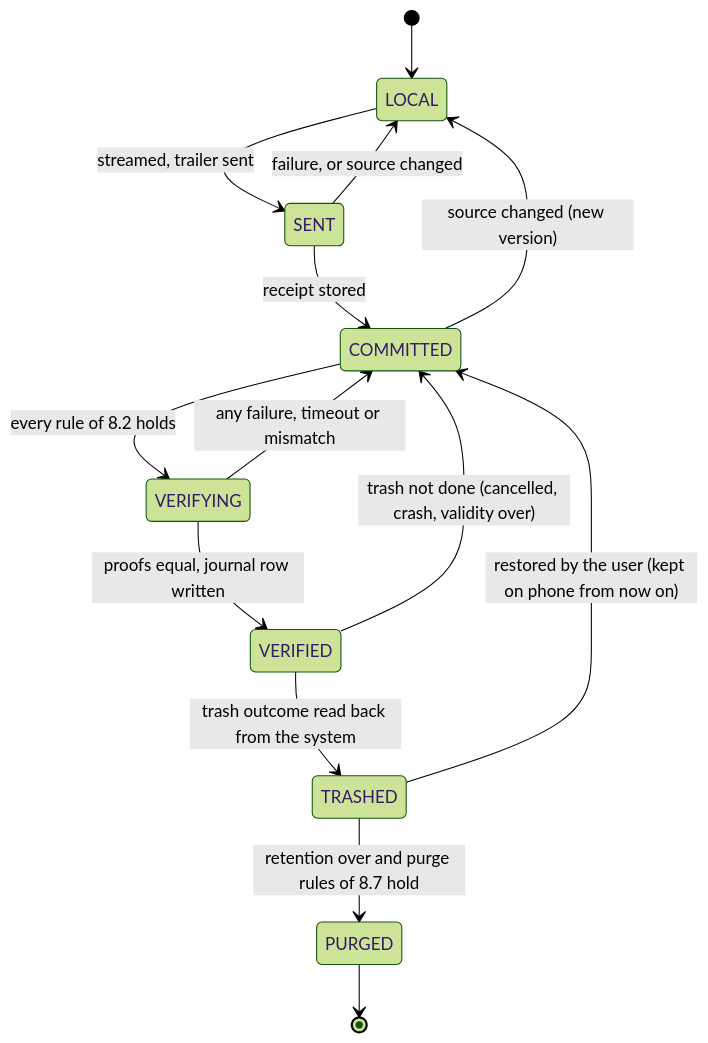
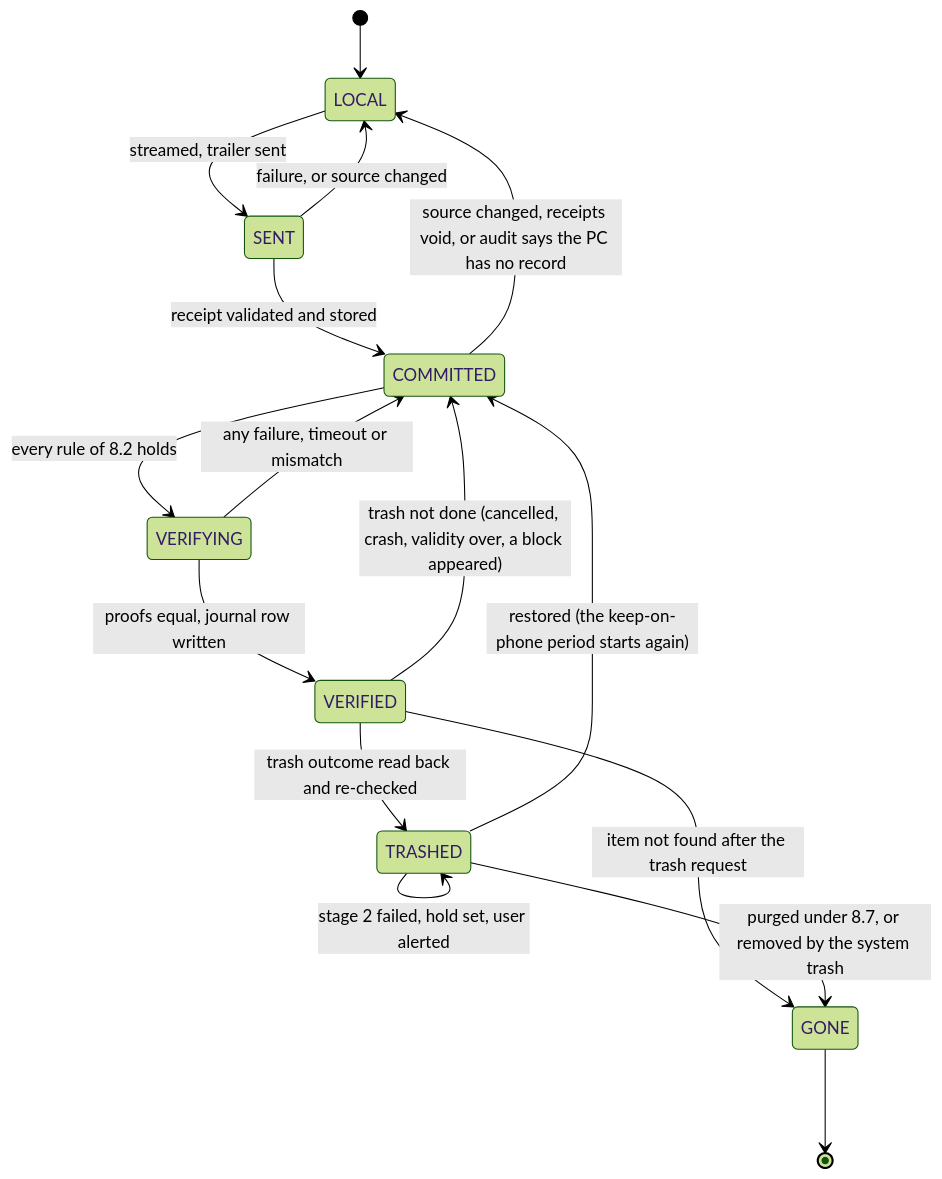
The second of 2 diagrams in docs/PROTOCOL.md (sarmadiq9090-coder/kiwi-transfer), drawn with Mermaid (forest theme) before and after one commit. The commit also changed other lines of this file, not shown here.

First line of the commit message:
protocol draft 2: final move, keep-on-phone period, second copy

````diff
--- a/docs/PROTOCOL.md
+++ b/docs/PROTOCOL.md
@@ -1991,16 +2029,18 @@
 ```mermaid
 stateDiagram-v2
     [*] --> LOCAL
     LOCAL --> SENT: streamed, trailer sent
     SENT --> LOCAL: failure, or source changed
-    SENT --> COMMITTED: receipt stored
-    COMMITTED --> LOCAL: source changed (new version)
+    SENT --> COMMITTED: receipt validated and stored
+    COMMITTED --> LOCAL: source changed, receipts void, or audit says the PC has no record
     COMMITTED --> VERIFYING: every rule of 8.2 holds
     VERIFYING --> COMMITTED: any failure, timeout or mismatch
     VERIFYING --> VERIFIED: proofs equal, journal row written
-    VERIFIED --> COMMITTED: trash not done (cancelled, crash, validity over)
-    VERIFIED --> TRASHED: trash outcome read back from the system
-    TRASHED --> COMMITTED: restored by the user (kept on phone from now on)
-    TRASHED --> PURGED: retention over and purge rules of 8.7 hold
-    PURGED --> [*]
+    VERIFIED --> COMMITTED: trash not done (cancelled, crash, validity over, a block appeared)
+    VERIFIED --> TRASHED: trash outcome read back and re-checked
+    VERIFIED --> GONE: item not found after the trash request
+    TRASHED --> COMMITTED: restored (the keep-on-phone period starts again)
+    TRASHED --> TRASHED: stage 2 failed, hold set, user alerted
+    TRASHED --> GONE: purged under 8.7, or removed by the system trash
+    GONE --> [*]
 ```
````
